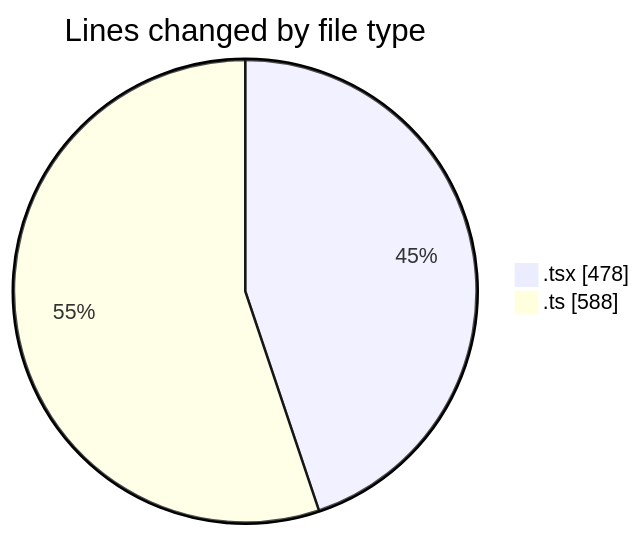
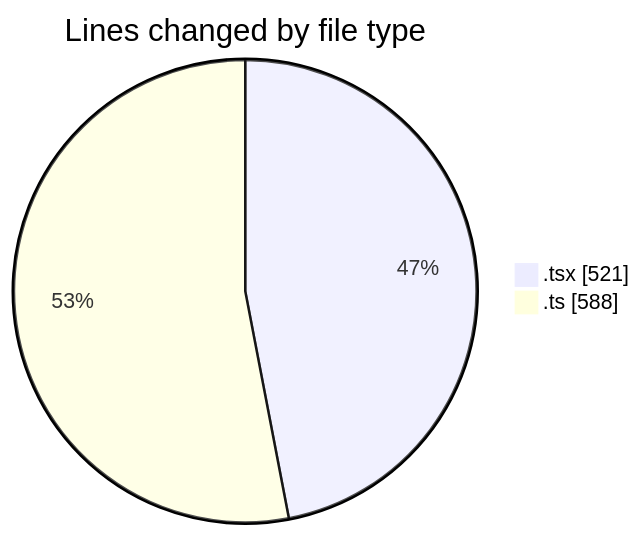
Before and after one commit to nxtqubesakshisongat/code-tracking: the first of 2 diagrams in 2026-02-24/nxtqube_webapp/README.md, drawn with Mermaid. The commit also changed other lines of this file and 1 other file, not shown here.

````diff
--- a/2026-02-24/nxtqube_webapp/README.md
+++ b/2026-02-24/nxtqube_webapp/README.md
@@ -22,6 +23,6 @@
 ```mermaid
 pie showData
 title Lines changed by file type
-".tsx" : 478
+".tsx" : 521
 ".ts" : 588
 ```
````
